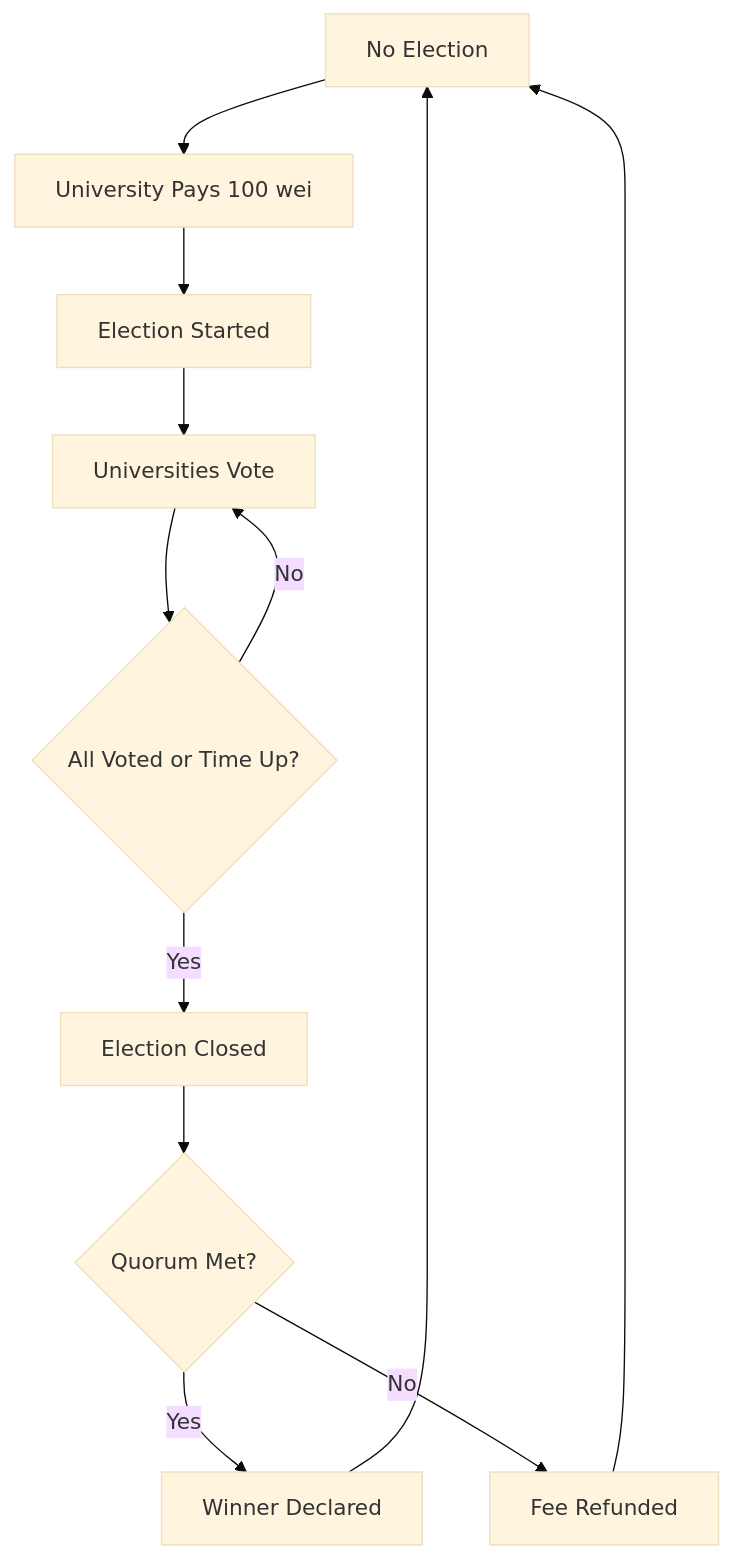
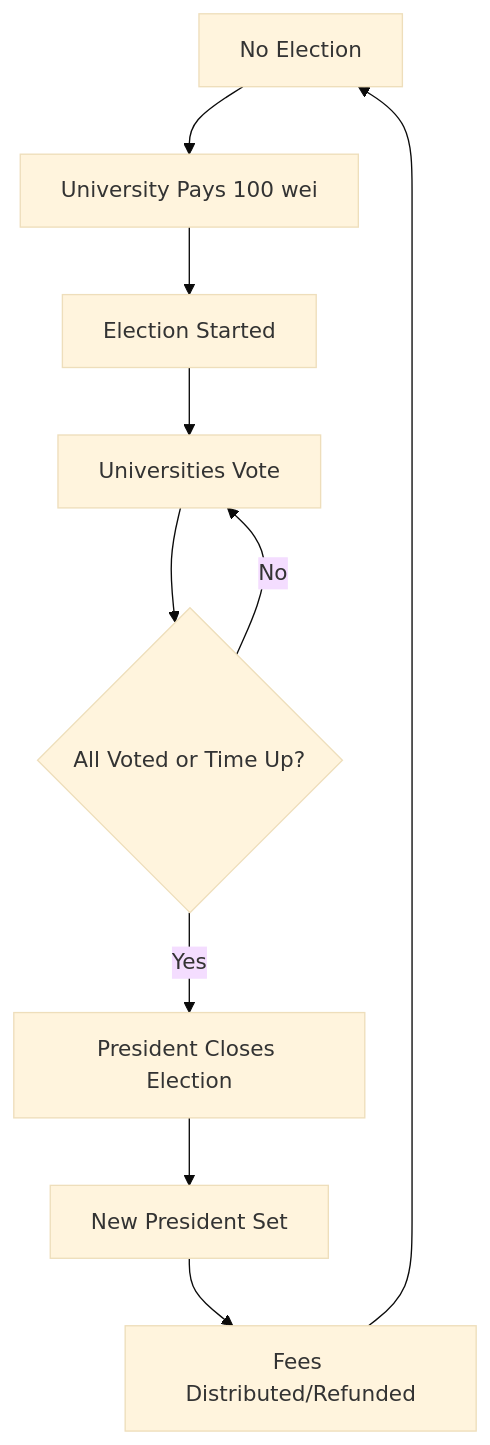
One commit to VincenzoImp/onchain-safe-election changed the diagram in README.md. Above: the diagram before and after it, drawn with Mermaid (base theme). The commit also changed other lines of this file, not shown here.

````diff
--- a/README.md
+++ b/README.md
@@ -222,14 +271,12 @@
 ```mermaid
 graph TD
     A[No Election] --> B[University Pays 100 wei]
     B --> C[Election Started]
     C --> D[Universities Vote]
     D --> E{All Voted or Time Up?}
     E -->|No| D
-    E -->|Yes| F[Election Closed]
-    F --> G{Quorum Met?}
-    G -->|Yes| H[Winner Declared]
-    G -->|No| I[Fee Refunded]
+    E -->|Yes| F[President Closes Election]
+    F --> G[New President Set]
+    G --> H[Fees Distributed/Refunded]
     H --> A
-    I --> A
 ```
````
